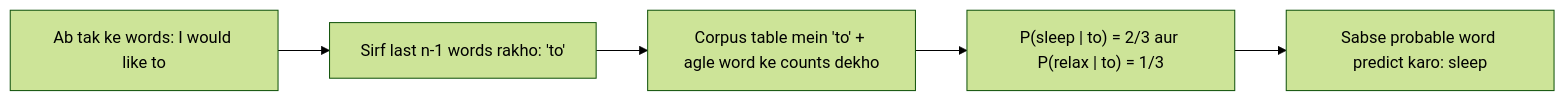
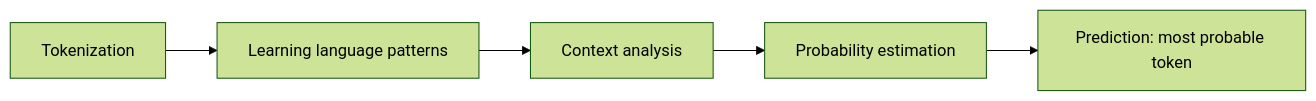
One commit to TrendySloth1001/sem-seven-notes changed the first of 3 diagrams in content/natural-language-processing/notes/ngram-language-models.hi.mdx. Above: the diagram before and after it, drawn with Mermaid (forest theme). The commit also changed other lines of this file and 406 other files, not shown here.

````diff
--- a/content/natural-language-processing/notes/ngram-language-models.hi.mdx
+++ b/content/natural-language-processing/notes/ngram-language-models.hi.mdx
@@ -72,8 +44,8 @@
 ```mermaid
-%% caption: N-gram model kaise predict karta hai. Context mein sirf last n-1 words use hote hain (yahan ek word, yaani bigram model). Probabilities neeche ke pehle worked example ke corpus ki counting se aati hain.
+%% caption: Language model kaise predict karta hai. Text tokens mein katta hai, corpus se patterns seekhe jaate hain, aur context se har possible agle token ko probability milti hai.
 flowchart LR
-  A["Ab tak ke words: I would like to"] --> B["Sirf last n-1 words rakho: 'to'"]
-  B --> C["Corpus table mein 'to' + agle word ke counts dekho"]
-  C --> D["P(sleep | to) = 2/3 aur P(relax | to) = 1/3"]
-  D --> E["Sabse probable word predict karo: sleep"]
+  A["Tokenization"] --> B["Learning language patterns"]
+  B --> C["Context analysis"]
+  C --> D["Probability estimation"]
+  D --> E["Prediction: most probable token"]
 ```
````
